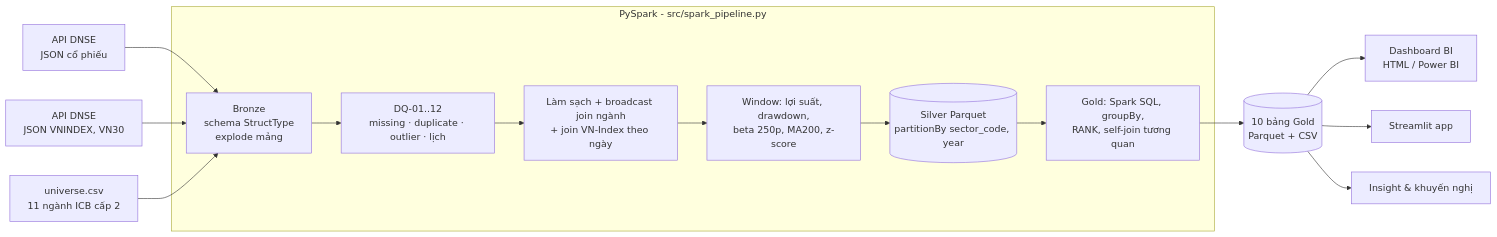
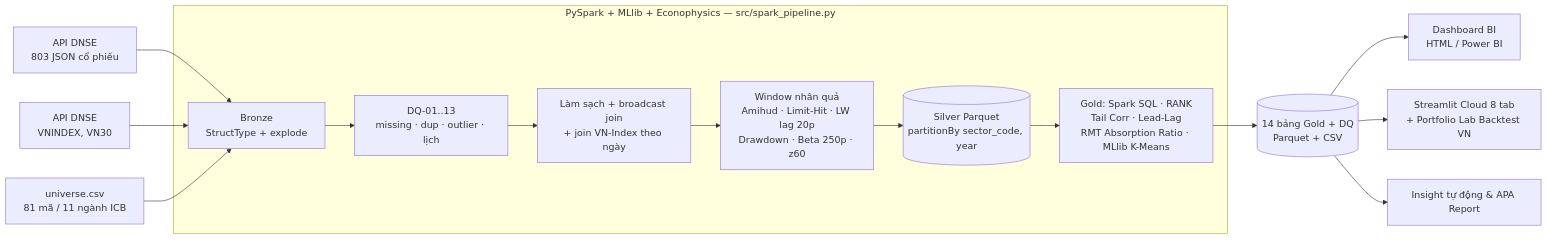
The diagram in README.md (N2PHL/Nhom01_BigData_NganhVN), drawn with Mermaid before and after one commit. The commit also changed other lines of this file, not shown here.

Commit message:
Docs: Update README.md to final version (5 members, MLlib, Econophysics, Portfolio Lab, APA)

````diff
--- a/README.md
+++ b/README.md
@@ -40,17 +57,17 @@
 ```mermaid
 flowchart LR
-  A[API DNSE<br/>JSON cổ phiếu] --> B
-  A2[API DNSE<br/>JSON VNINDEX, VN30] --> B
-  U[universe.csv<br/>11 ngành ICB cấp 2] --> B
-  subgraph S[PySpark - src/spark_pipeline.py]
-    B[Bronze<br/>schema StructType<br/>explode mảng] --> Q[DQ-01..12<br/>missing · duplicate · outlier · lịch]
-    Q --> C[Làm sạch + broadcast join ngành<br/>+ join VN-Index theo ngày]
-    C --> W[Window: lợi suất, drawdown,<br/>beta 250p, MA200, z-score]
+  A[API DNSE<br/>803 JSON cổ phiếu] --> B
+  A2[API DNSE<br/>VNINDEX, VN30] --> B
+  U[universe.csv<br/>81 mã / 11 ngành ICB] --> B
+  subgraph S[PySpark + MLlib + Econophysics — src/spark_pipeline.py]
+    B[Bronze<br/>StructType + explode] --> Q[DQ-01..13<br/>missing · dup · outlier · lịch]
+    Q --> C[Làm sạch + broadcast join<br/>+ join VN-Index theo ngày]
+    C --> W[Window nhân quả<br/>Amihud · Limit-Hit · LW lag 20p<br/>Drawdown · Beta 250p · z60]
     W --> SV[(Silver Parquet<br/>partitionBy sector_code, year)]
-    SV --> G[Gold: Spark SQL, groupBy,<br/>RANK, self-join tương quan]
+    SV --> G[Gold: Spark SQL · RANK<br/>Tail Corr · Lead-Lag<br/>RMT Absorption Ratio · MLlib K-Means]
   end
-  G --> P[(10 bảng Gold<br/>Parquet + CSV)]
+  G --> P[(14 bảng Gold + DQ<br/>Parquet + CSV)]
   P --> D[Dashboard BI<br/>HTML / Power BI]
-  P --> ST[Streamlit app]
-  P --> I[Insight & khuyến nghị]
+  P --> ST[Streamlit Cloud 8 tab<br/>+ Portfolio Lab Backtest VN]
+  P --> I[Insight tự động & APA Report]
 ```
````
